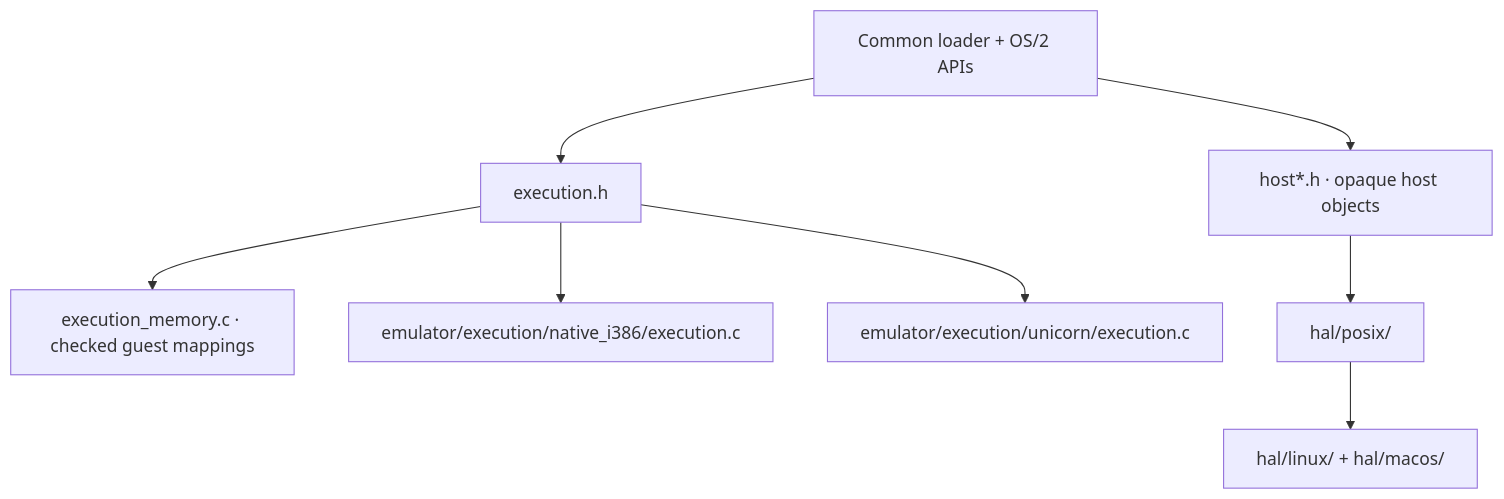
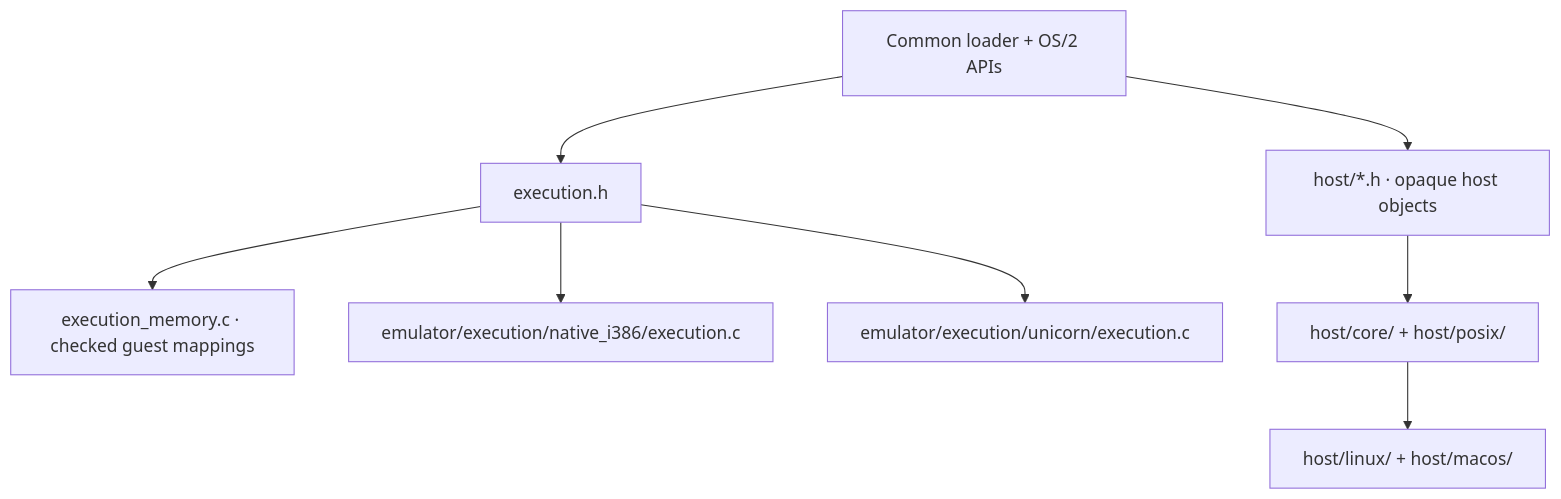
The diagram in docs/runtime.md (bitwisecook/2ine), drawn with Mermaid before and after one commit. The commit also changed other lines of this file and 409 other files, not shown here.

````diff
--- a/docs/runtime.md
+++ b/docs/runtime.md
@@ -9,9 +9,9 @@
 ```mermaid
 flowchart TD
     Loader["Common loader + OS/2 APIs"] --> Exec["execution.h"]
     Exec --> Memory["execution_memory.c · checked guest mappings"]
     Exec --> Native["emulator/execution/native_i386/execution.c"]
     Exec --> Emu["emulator/execution/unicorn/execution.c"]
-    Loader --> Host["host*.h · opaque host objects"]
-    Host --> HAL["hal/posix/"] --> Platforms["hal/linux/ + hal/macos/"]
+    Loader --> Host["host/*.h · opaque host objects"]
+    Host --> Adapters["host/core/ + host/posix/"] --> Platforms["host/linux/ + host/macos/"]
 ```
````
